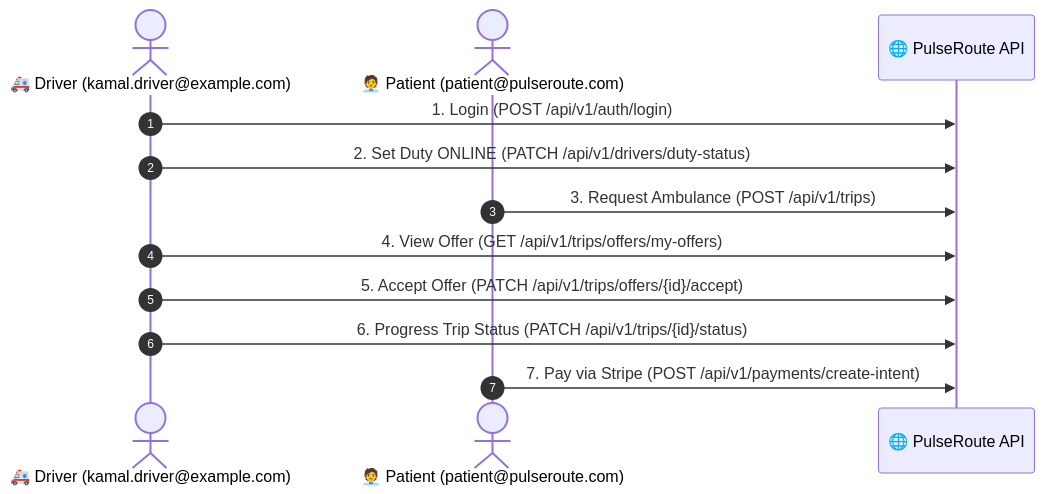
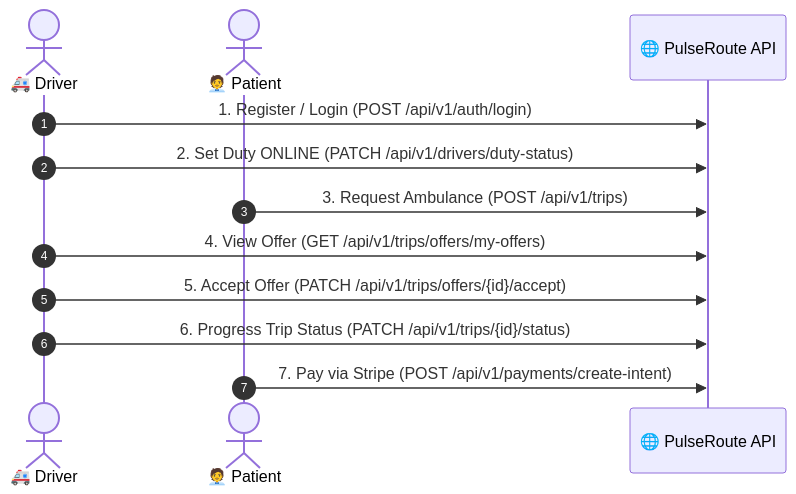
The diagram in README.md (haniful360/pulseroute-backend), drawn with Mermaid before and after one commit. The commit also changed other lines of this file and 8 other files, not shown here.

````diff
--- a/README.md
+++ b/README.md
@@ -222,15 +232,15 @@
 ```mermaid
 sequenceDiagram
     autonumber
-    actor Driver as 🚑 Driver (kamal.driver@example.com)
-    actor Patient as 🧑‍💼 Patient (patient@pulseroute.com)
+    actor Driver as 🚑 Driver
+    actor Patient as 🧑‍💼 Patient
     participant API as 🌐 PulseRoute API
 
-    Driver->>API: 1. Login (POST /api/v1/auth/login)
+    Driver->>API: 1. Register / Login (POST /api/v1/auth/login)
     Driver->>API: 2. Set Duty ONLINE (PATCH /api/v1/drivers/duty-status)
     Patient->>API: 3. Request Ambulance (POST /api/v1/trips)
     Driver->>API: 4. View Offer (GET /api/v1/trips/offers/my-offers)
     Driver->>API: 5. Accept Offer (PATCH /api/v1/trips/offers/{id}/accept)
     Driver->>API: 6. Progress Trip Status (PATCH /api/v1/trips/{id}/status)
     Patient->>API: 7. Pay via Stripe (POST /api/v1/payments/create-intent)
 ```
````
